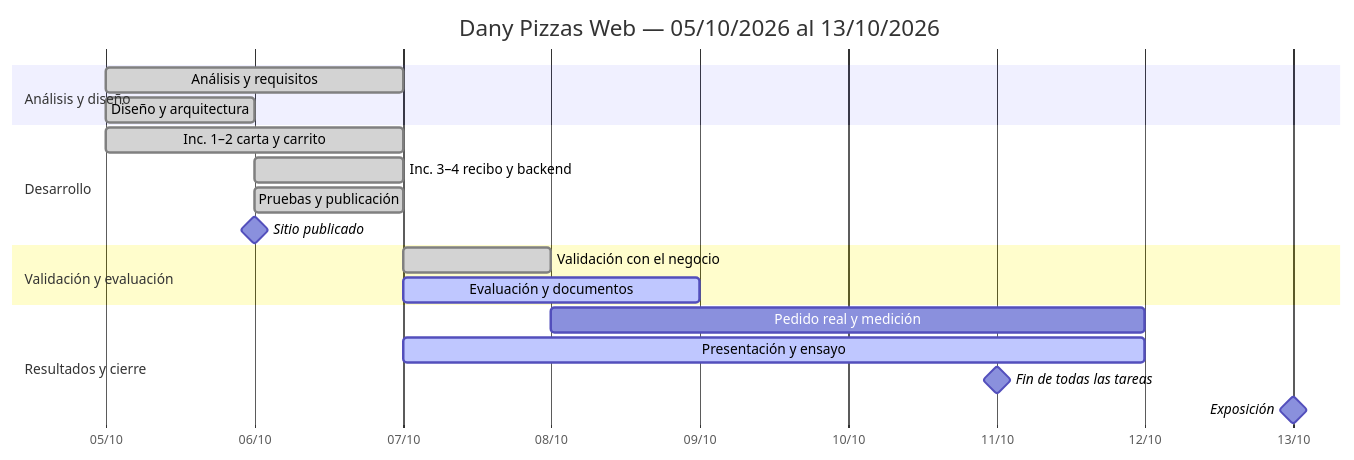
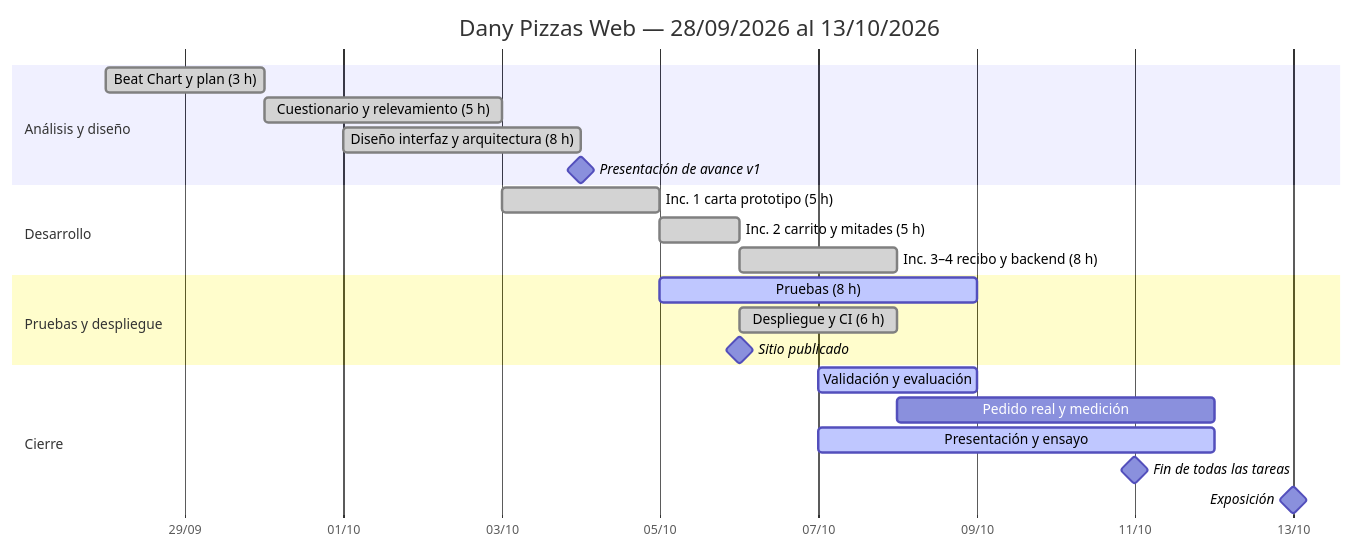
The diagram in docs/presentacion/gantt-y-prompt.md (CastroMaximo/DanyPizzas), drawn with Mermaid before and after one commit. The commit also changed other lines of this file and 6 other files, not shown here.

First line of the commit message:
Gantt de dos semanas (28/09–11/10) con las 48 h del presupuesto repartidas; prompt del Gantt editable, guion, pendientes y HANDOFF actualizados

````diff
--- a/docs/presentacion/gantt-y-prompt.md
+++ b/docs/presentacion/gantt-y-prompt.md
@@ -74,22 +88,25 @@
 ```mermaid
 gantt
-    title Dany Pizzas Web — 05/10/2026 al 13/10/2026
+    title Dany Pizzas Web — 28/09/2026 al 13/10/2026
     dateFormat YYYY-MM-DD
     axisFormat %d/%m
     section Análisis y diseño
-    Análisis y requisitos           :done, t1, 2026-10-05, 2d
-    Diseño y arquitectura           :done, t2, 2026-10-05, 1d
+    Beat Chart y plan (3 h)              :done, t1, 2026-09-28, 2d
+    Cuestionario y relevamiento (5 h)    :done, t2, 2026-09-30, 3d
+    Diseño interfaz y arquitectura (8 h) :done, t3, 2026-10-01, 3d
+    Presentación de avance v1            :milestone, h1, 2026-10-04, 0d
     section Desarrollo
-    Inc. 1–2 carta y carrito        :done, t3, 2026-10-05, 2d
-    Inc. 3–4 recibo y backend       :done, t4, 2026-10-06, 1d
-    Pruebas y publicación           :done, t5, 2026-10-06, 1d
-    Sitio publicado                 :milestone, h1, 2026-10-06, 0d
-    section Validación y evaluación
-    Validación con el negocio       :done, t6, 2026-10-07, 1d
-    Evaluación y documentos         :active, t7, 2026-10-07, 2d
-    section Resultados y cierre
-    Pedido real y medición          :t8, 2026-10-08, 4d
-    Presentación y ensayo           :active, t9, 2026-10-07, 5d
-    Fin de todas las tareas         :milestone, h3, 2026-10-11, 0d
-    Exposición                      :milestone, h4, 2026-10-13, 0d
+    Inc. 1 carta prototipo (5 h)         :done, t4, 2026-10-03, 2d
+    Inc. 2 carrito y mitades (5 h)       :done, t5, 2026-10-05, 1d
+    Inc. 3–4 recibo y backend (8 h)      :done, t6, 2026-10-06, 2d
+    section Pruebas y despliegue
+    Pruebas (8 h)                        :active, t7, 2026-10-05, 4d
+    Despliegue y CI (6 h)                :done, t8, 2026-10-06, 2d
+    Sitio publicado                      :milestone, h2, 2026-10-06, 0d
+    section Cierre
+    Validación y evaluación              :active, t9, 2026-10-07, 2d
+    Pedido real y medición               :t10, 2026-10-08, 4d
+    Presentación y ensayo                :active, t11, 2026-10-07, 5d
+    Fin de todas las tareas              :milestone, h4, 2026-10-11, 0d
+    Exposición                           :milestone, h5, 2026-10-13, 0d
 ```
````
